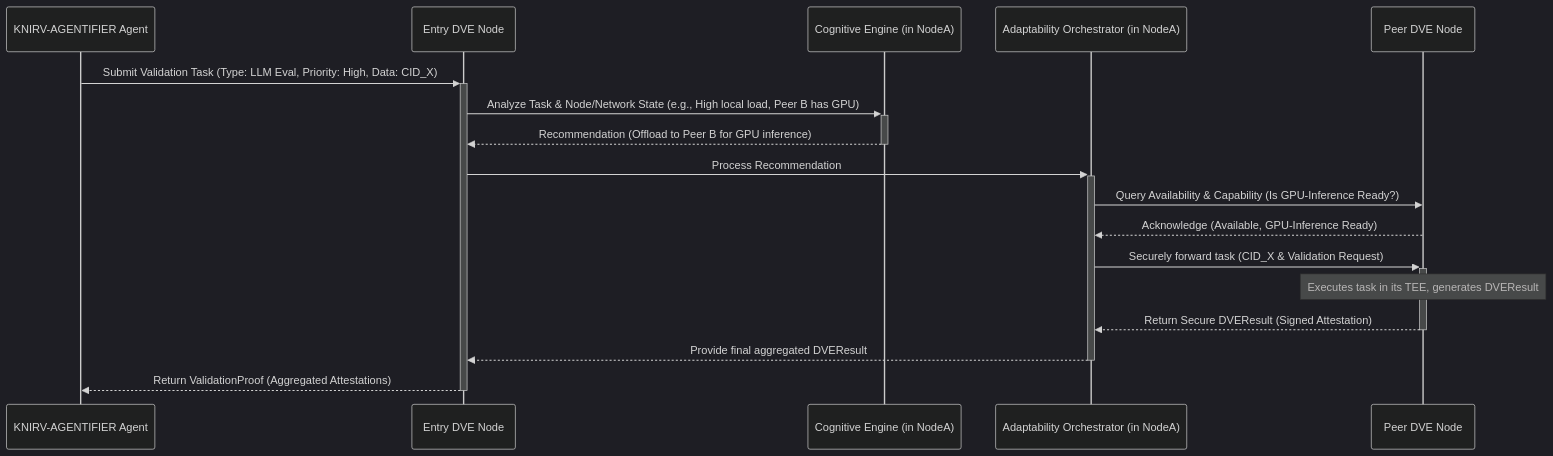
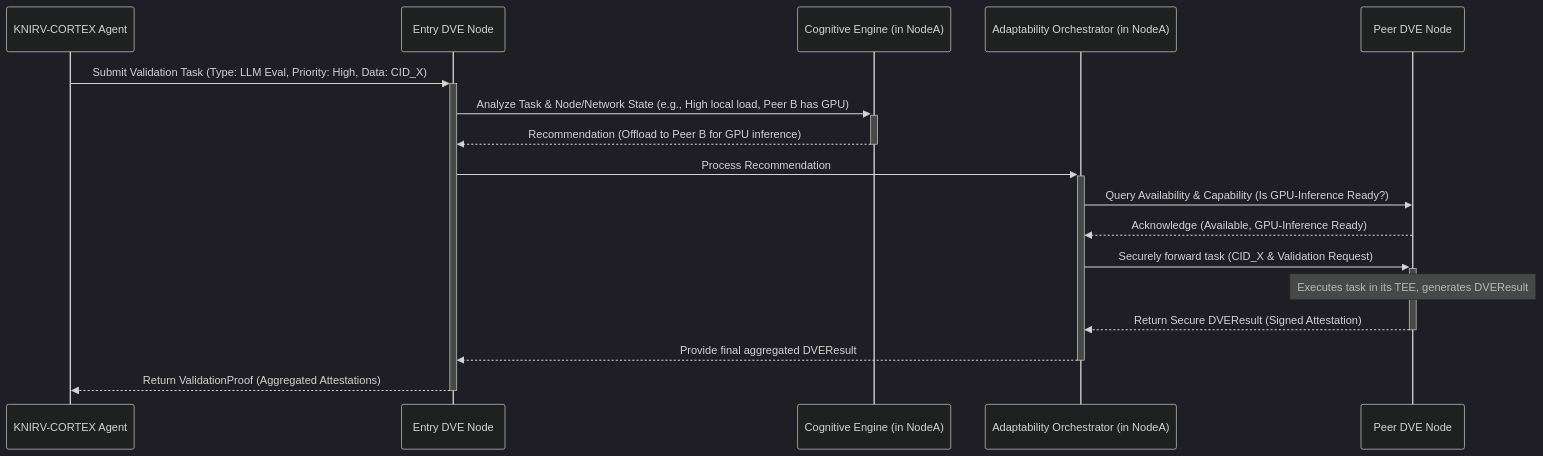
The third of 3 diagrams in KNIRVGATEWAY/documentation/docsify/whitepapers/KNIRVNEXUS_Whitepaper.md (guiperry/KNIRV_NETWORK), drawn with Mermaid (dark theme) before and after one commit. The commit also changed other lines of this file and 441 other files, not shown here.

````diff
--- a/KNIRVGATEWAY/documentation/docsify/whitepapers/KNIRVNEXUS_Whitepaper.md
+++ b/KNIRVGATEWAY/documentation/docsify/whitepapers/KNIRVNEXUS_Whitepaper.md
@@ -173,20 +173,20 @@
 ```mermaid
 sequenceDiagram
-    participant KS as KNIRV-AGENTIFIER Agent
+    participant KS as KNIRV-CORTEX Agent
     participant NodeA as Entry DVE Node
     participant CogEngine as Cognitive Engine (in NodeA)
     participant Orchestrator as Adaptability Orchestrator (in NodeA)
     participant NodeB as Peer DVE Node
 
     KS->>+NodeA: Submit Validation Task (Type: LLM Eval, Priority: High, Data: CID_X)
     NodeA->>+CogEngine: Analyze Task & Node/Network State (e.g., High local load, Peer B has GPU)
     CogEngine-->>-NodeA: Recommendation (Offload to Peer B for GPU inference)
     NodeA->>+Orchestrator: Process Recommendation
     Orchestrator->>NodeB: Query Availability & Capability (Is GPU-Inference Ready?)
     NodeB-->>Orchestrator: Acknowledge (Available, GPU-Inference Ready)
     Orchestrator->>+NodeB: Securely forward task (CID_X & Validation Request)
     Note over NodeB: Executes task in its TEE, generates DVEResult
     NodeB-->>-Orchestrator: Return Secure DVEResult (Signed Attestation)
     Orchestrator-->>-NodeA: Provide final aggregated DVEResult
     NodeA-->>-KS: Return ValidationProof (Aggregated Attestations)
 ```
````
